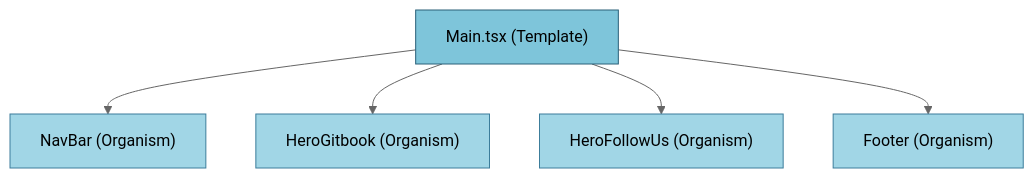
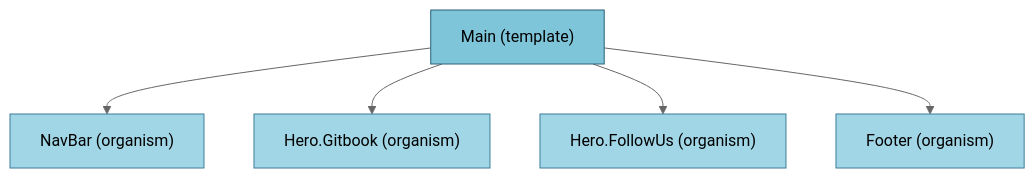
One commit to rs-ent/starglow changed the diagram in wiki/template-analysis/Main.md. Above: the diagram before and after it, drawn with Mermaid (neutral theme). The commit also changed other lines of this file and 6 other files, not shown here.

````diff
--- a/wiki/template-analysis/Main.md
+++ b/wiki/template-analysis/Main.md
@@ -5,19 +5,19 @@
 ```mermaid
 graph TD
-    T["Main.tsx (Template)"]
-    O1["NavBar (Organism)"]
-    O2["HeroGitbook (Organism)"]
-    O3["HeroFollowUs (Organism)"]
-    O4["Footer (Organism)"]
+    C1["Main (template)"]
+    C2["NavBar (organism)"]
+    C3["Hero.Gitbook (organism)"]
+    C4["Hero.FollowUs (organism)"]
+    C5["Footer (organism)"]
 
-    T --> O1
-    T --> O2
-    T --> O3
-    T --> O4
+    C1 --> C2
+    C1 --> C3
+    C1 --> C4
+    C1 --> C5
 
-    style T fill:#7ec5da,stroke:#2a6079
-    style O1 fill:#a1d6e6,stroke:#3c7d9b
-    style O2 fill:#a1d6e6,stroke:#3c7d9b
-    style O3 fill:#a1d6e6,stroke:#3c7d9b
-    style O4 fill:#a1d6e6,stroke:#3c7d9b
+    style C1 fill:#7ec5da,stroke:#2a6079
+    style C2 fill:#a1d6e6,stroke:#3c7d9b
+    style C3 fill:#a1d6e6,stroke:#3c7d9b
+    style C4 fill:#a1d6e6,stroke:#3c7d9b
+    style C5 fill:#a1d6e6,stroke:#3c7d9b
 ```
````
